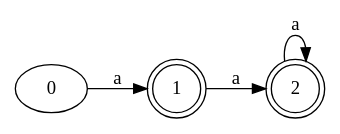
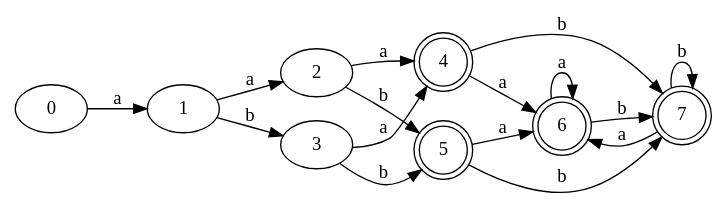
Before and after one commit to MaaarcosG/Automatas: the diagram in Graph/DFA.gv, drawn with Graphviz. The commit also changed 10 other files, not shown here.

```diff
--- a/Graph/DFA.gv
+++ b/Graph/DFA.gv
@@ -1,9 +1,26 @@
 digraph Automata {
 	rankdir=LR
 	0 [label=0]
 	0 -> 1 [label=a]
-	1 [label=1 shape=doublecircle]
+	1 [label=1]
 	1 -> 2 [label=a]
-	2 [label=2 shape=doublecircle]
-	2 -> 2 [label=a]
+	1 -> 3 [label=b]
+	2 [label=2]
+	2 -> 4 [label=a]
+	2 -> 5 [label=b]
+	3 [label=3]
+	3 -> 4 [label=a]
+	3 -> 5 [label=b]
+	4 [label=4 shape=doublecircle]
+	4 -> 6 [label=a]
+	4 -> 7 [label=b]
+	5 [label=5 shape=doublecircle]
+	5 -> 6 [label=a]
+	5 -> 7 [label=b]
+	6 [label=6 shape=doublecircle]
+	6 -> 6 [label=a]
+	6 -> 7 [label=b]
+	7 [label=7 shape=doublecircle]
+	7 -> 6 [label=a]
+	7 -> 7 [label=b]
 }
```
